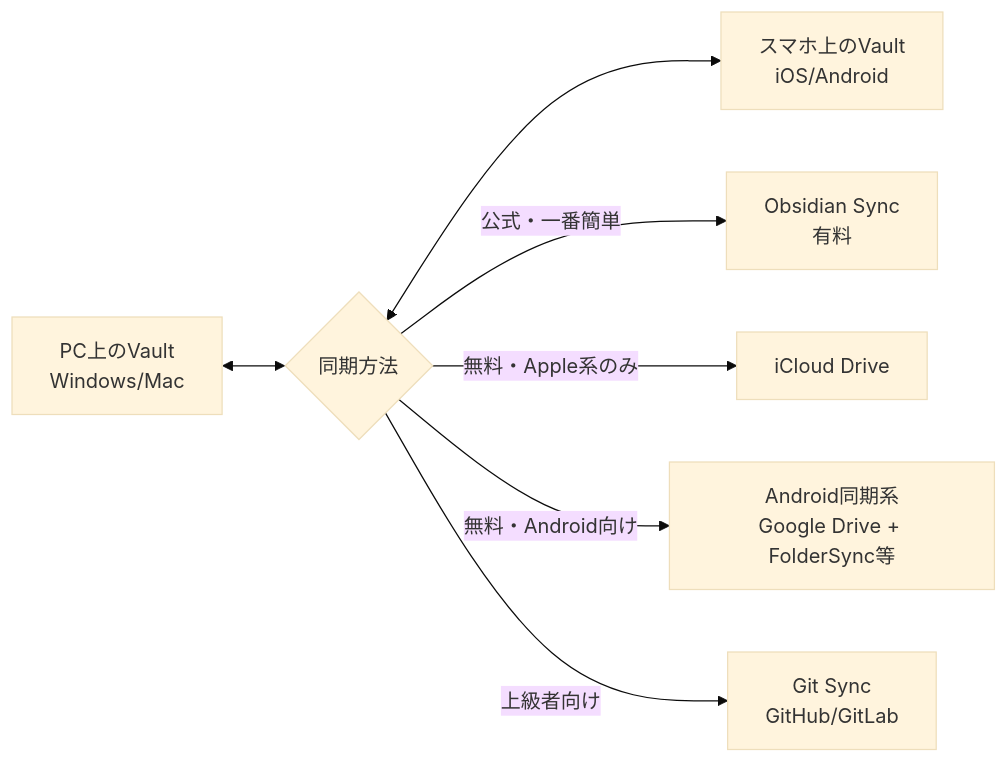
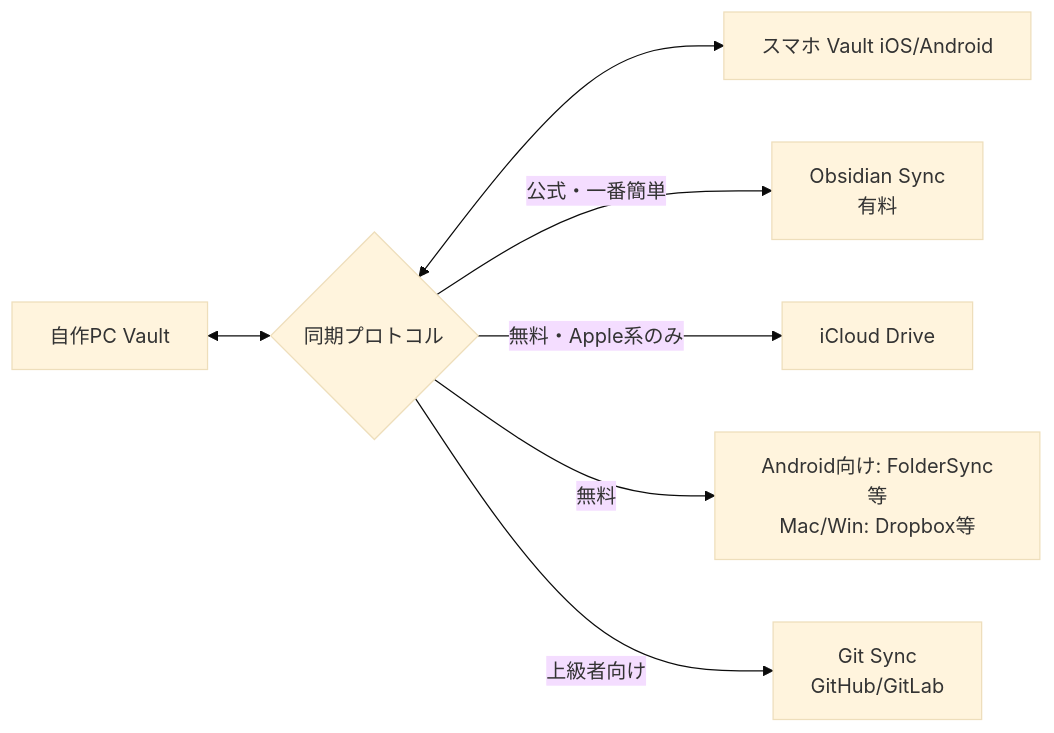
One commit to freeplanets001/obsidian-agent-prototype changed the third of 3 diagrams in knowledge/obsidian_knowledge_base.md. Above: the diagram before and after it, drawn with Mermaid (base theme). The commit also changed other lines of this file and 4 other files, not shown here.

````diff
--- a/knowledge/obsidian_knowledge_base.md
+++ b/knowledge/obsidian_knowledge_base.md
@@ -123,10 +170,10 @@
 ```mermaid
 flowchart LR
-    A[PC上のVault<br>Windows/Mac] <--> B{同期方法}
-    B <--> C[スマホ上のVault<br>iOS/Android]
+    A[自作PC Vault] <--> B{同期プロトコル}
+    B <--> C[スマホ Vault iOS/Android]
     
     B -->|公式・一番簡単| D[Obsidian Sync<br>有料]
     B -->|無料・Apple系のみ| E[iCloud Drive]
-    B -->|無料・Android向け| F[Android同期系<br>Google Drive + FolderSync等]
+    B -->|無料| F[Android向け: FolderSync等<br>Mac/Win: Dropbox等]
     B -->|上級者向け| G[Git Sync<br>GitHub/GitLab]
 ```
````
